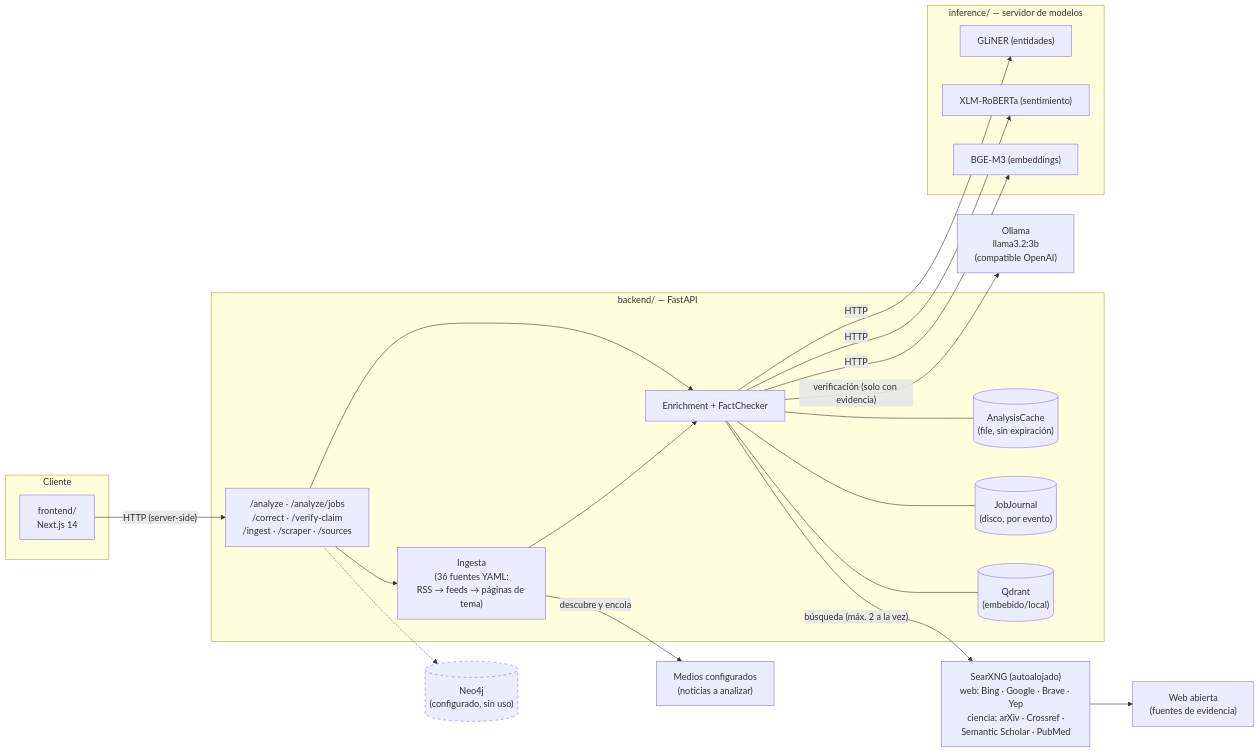
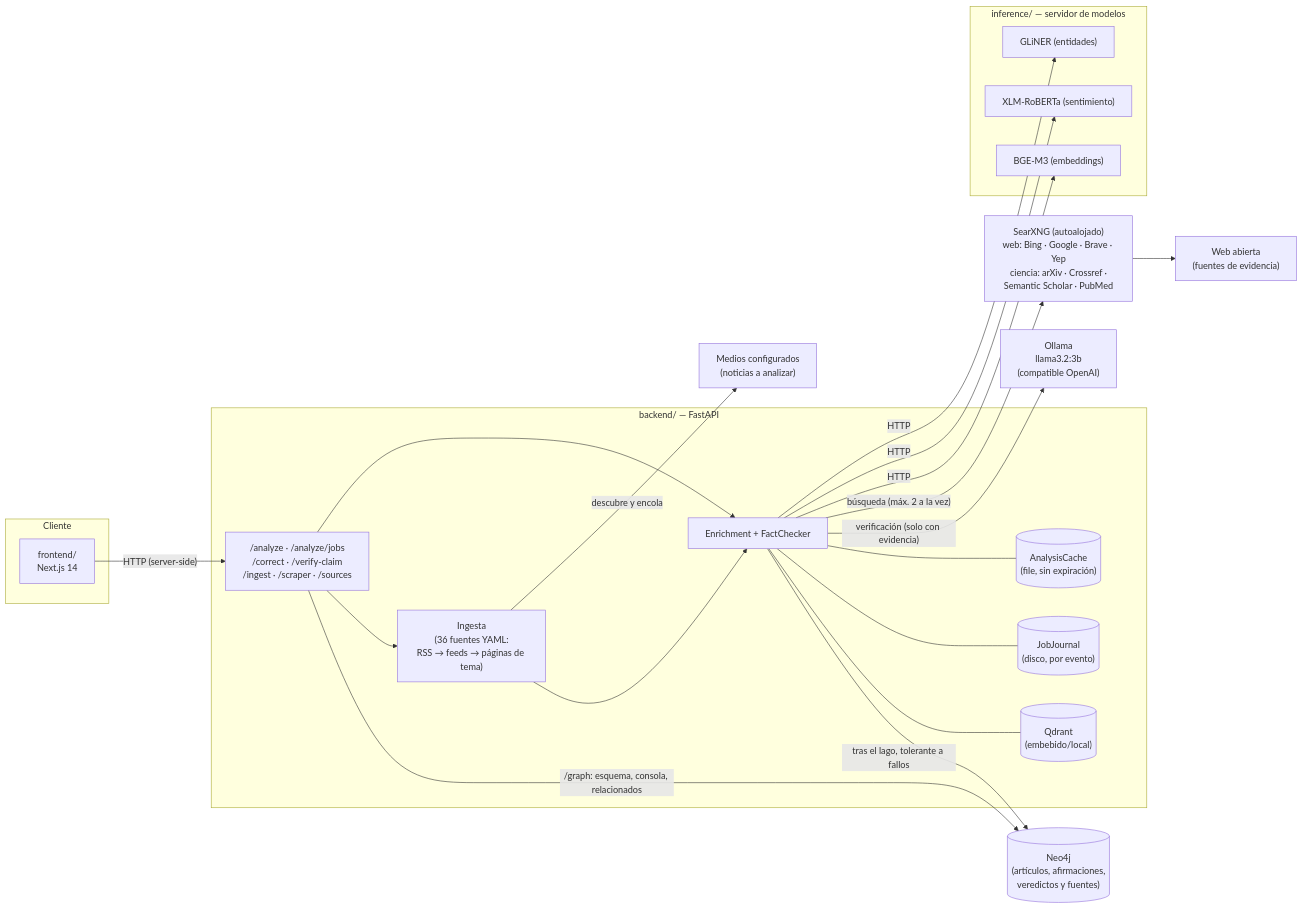
The first of 2 diagrams in docs/arquitectura-tecnica.md (aespinoza-napp/inspiring-news), drawn with Mermaid before and after one commit. The commit also changed other lines of this file and 61 other files, not shown here.

````diff
--- a/docs/arquitectura-tecnica.md
+++ b/docs/arquitectura-tecnica.md
@@ -45,45 +45,44 @@
 ```mermaid
 flowchart LR
     subgraph client["Cliente"]
         FE["frontend/\nNext.js 14"]
     end
 
     subgraph api["backend/ — FastAPI"]
         API["/analyze · /analyze/jobs\n/correct · /verify-claim\n/ingest · /scraper · /sources"]
         ING["Ingesta\n(36 fuentes YAML:\nRSS → feeds → páginas de tema)"]
         PIPE["Enrichment + FactChecker"]
         CACHE[("AnalysisCache\n(file, sin expiración)")]
         JOURNAL[("JobJournal\n(disco, por evento)")]
         VDB[("Qdrant\n(embebido/local)")]
     end
 
     subgraph inf["inference/ — servidor de modelos"]
         GLINER["GLiNER (entidades)"]
         SENT["XLM-RoBERTa (sentimiento)"]
         EMB["BGE-M3 (embeddings)"]
     end
 
     SEARX["SearXNG (autoalojado)\nweb: Bing · Google · Brave · Yep\nciencia: arXiv · Crossref ·\nSemantic Scholar · PubMed"]
     WEB["Web abierta\n(fuentes de evidencia)"]
     NEWS["Medios configurados\n(noticias a analizar)"]
     LLM["Ollama\nllama3.2:3b\n(compatible OpenAI)"]
-    NEO[("Neo4j\n(configurado, sin uso)")]
+    NEO[("Neo4j\n(artículos, afirmaciones,\nveredictos y fuentes)")]
 
     FE -- "HTTP (server-side)" --> API
     API --> PIPE
     API --> ING
     ING -- "descubre y encola" --> NEWS
     ING --> PIPE
     PIPE -- "HTTP" --> GLINER
     PIPE -- "HTTP" --> SENT
     PIPE -- "HTTP" --> EMB
     PIPE -- "búsqueda (máx. 2 a la vez)" --> SEARX
     SEARX --> WEB
     PIPE -- "verificación (solo con evidencia)" --> LLM
     PIPE --- CACHE
     PIPE --- JOURNAL
     PIPE --- VDB
-    API -.-> NEO
-
-    style NEO stroke-dasharray: 5 5
+    PIPE -- "tras el lago, tolerante a fallos" --> NEO
+    API -- "/graph: esquema, consola, relacionados" --> NEO
 ```
````
